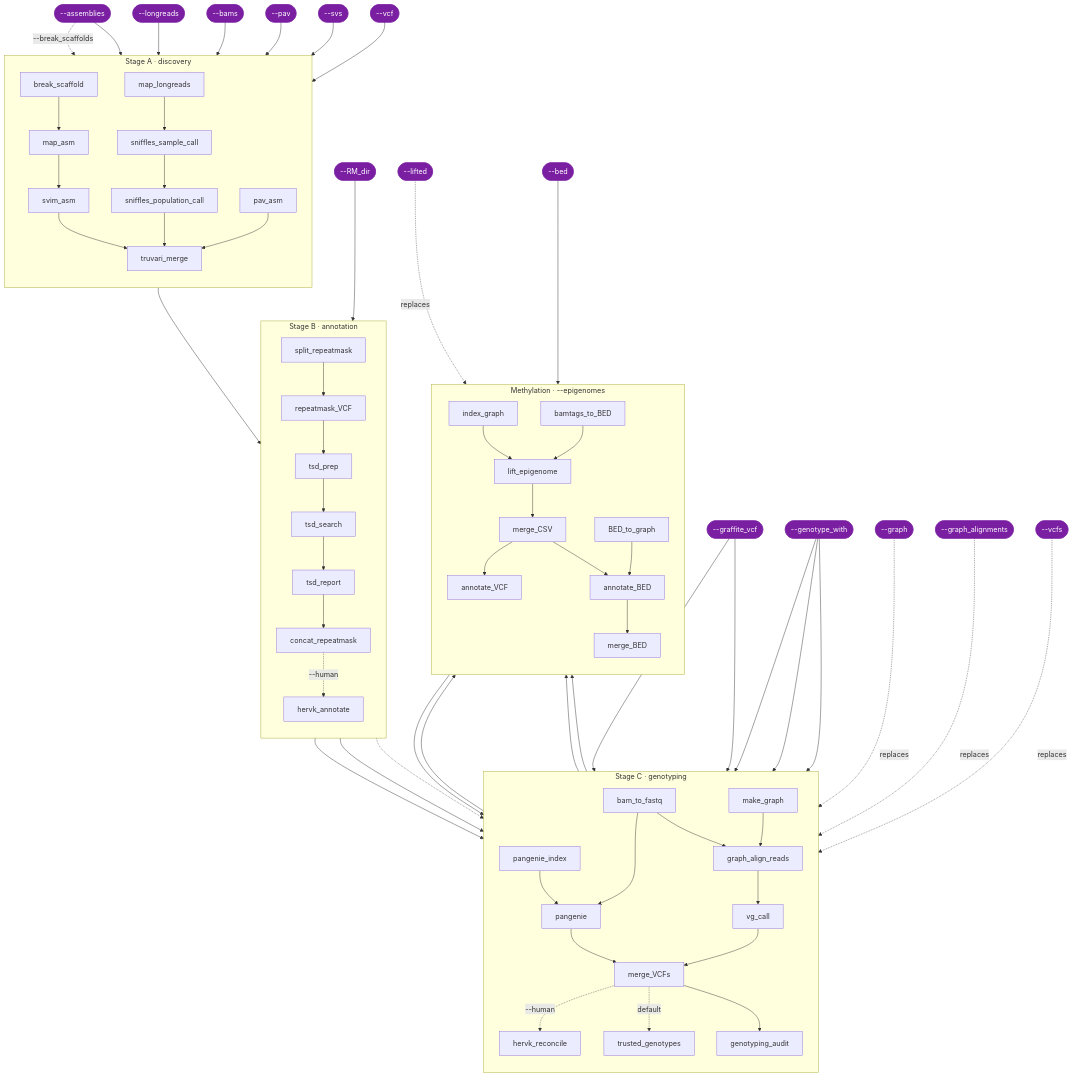
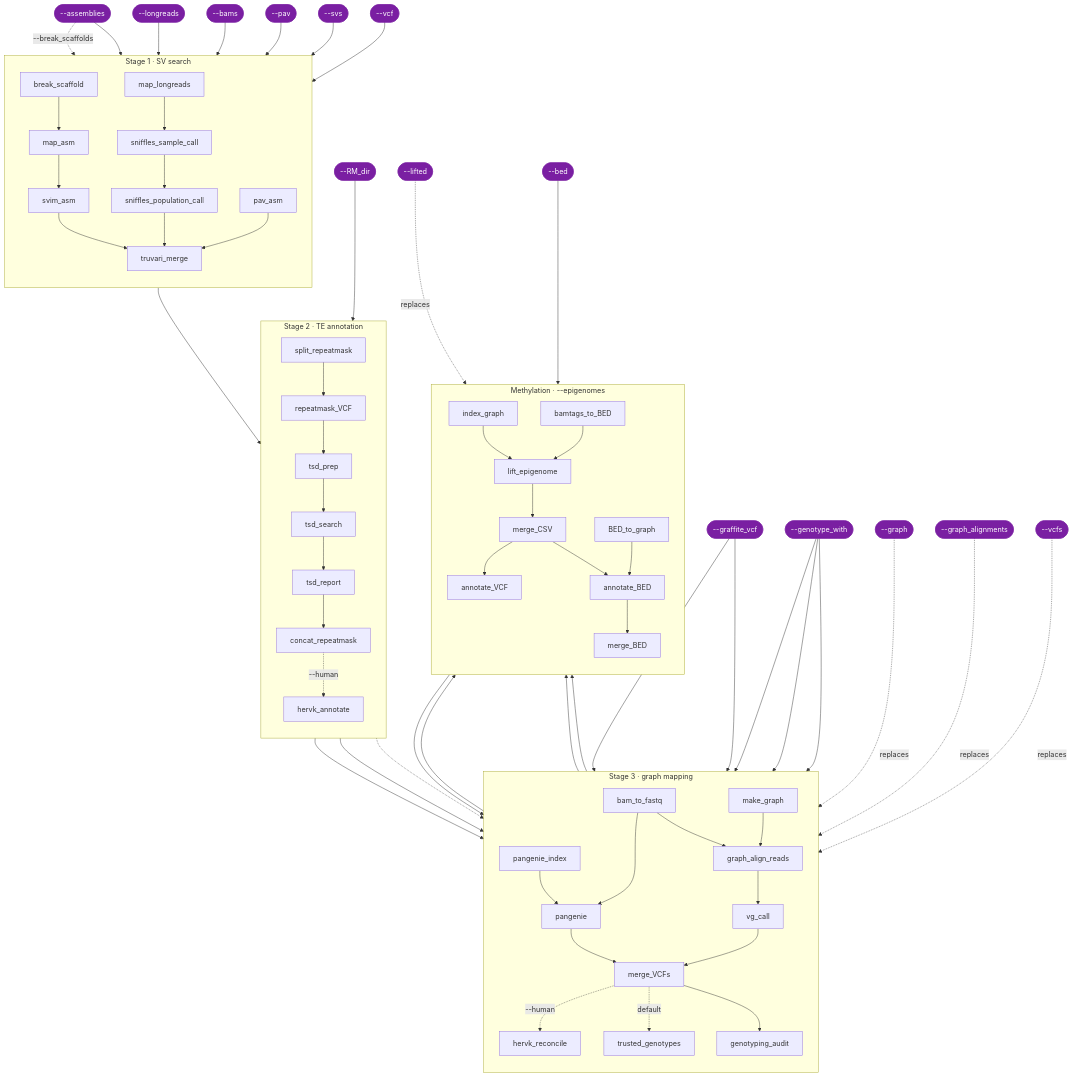
Before and after one commit to cgroza/GraffiTE: the diagram in docs/reference/processes.md, drawn with Mermaid. The commit also changed other lines of this file and 19 other files, not shown here.

````diff
--- a/docs/reference/processes.md
+++ b/docs/reference/processes.md
@@ -26,76 +26,76 @@
 ```mermaid
 flowchart TD
-    subgraph SA["Stage A · discovery"]
+    subgraph SA["Stage 1 · SV search"]
         direction TB
         bs["break_scaffold"] --> ma["map_asm"] --> sv["svim_asm"]
         ml["map_longreads"] --> ssc["sniffles_sample_call"] --> spc["sniffles_population_call"]
         pav["pav_asm"]
         tm["truvari_merge"]
         sv --> tm
         spc --> tm
         pav --> tm
     end
 
     asmIn(["--assemblies"]) -.->|"--break_scaffolds"| bs
     asmIn --> ma
     lrIn(["--longreads"]) --> ml
     bamIn(["--bams"]) --> ssc
     pavIn(["--pav"]) --> pav
     svsIn(["--svs"]) --> tm
     vcfIn(["--vcf"]) --> tm
 
-    subgraph SB["Stage B · annotation"]
+    subgraph SB["Stage 2 · TE annotation"]
         direction TB
         spl["split_repeatmask"] --> rm["repeatmask_VCF"]
         rm --> tp["tsd_prep"] --> ts["tsd_search"] --> tr["tsd_report"] --> cr["concat_repeatmask"]
         cr -.->|"--human"| ha["hervk_annotate"]
     end
 
     tm --> spl
     rmdIn(["--RM_dir"]) --> tp
 
-    subgraph SC["Stage C · genotyping"]
+    subgraph SC["Stage 3 · graph mapping"]
         direction TB
         b2f["bam_to_fastq"]
         pi["pangenie_index"] --> pg["pangenie"]
         mg["make_graph"] --> gar["graph_align_reads"] --> vc["vg_call"]
         pg --> mv["merge_VCFs"]
         vc --> mv
         mv --> ga["genotyping_audit"]
         mv -.->|"default"| tg["trusted_genotypes"]
         mv -.->|"--human"| hr["hervk_reconcile"]
     end
 
     cr --> pi
     cr --> mg
     ha -.-> hr
     gvcfIn(["--graffite_vcf"]) --> pi
     gvcfIn --> mg
     readsIn(["--genotype_with"]) --> b2f
     readsIn --> pg
     readsIn --> gar
     b2f --> gar
     b2f --> pg
     graphIn(["--graph"]) -.->|"replaces"| mg
     galnIn(["--graph_alignments"]) -.->|"replaces"| gar
     vcfsIn(["--vcfs"]) -.->|"replaces"| vc
 
     subgraph SM["Methylation · --epigenomes"]
         direction TB
         ig["index_graph"]
         b2b["bamtags_to_BED"] --> le["lift_epigenome"] --> mc["merge_CSV"] --> av["annotate_VCF"]
         b2g["BED_to_graph"] --> ab["annotate_BED"] --> mb["merge_BED"]
     end
 
     mg --> ig
     ig --> le
     gar --> le
     vc --> av
     av --> mv
     mc --> ab
     liftIn(["--lifted"]) -.->|"replaces"| le
     bedIn(["--bed"]) --> b2g
 
     classDef inp fill:#7a1fa2,stroke:#7a1fa2,color:#fff;
     class asmIn,lrIn,bamIn,pavIn,svsIn,vcfIn,rmdIn,gvcfIn,readsIn,graphIn,galnIn,vcfsIn,liftIn,bedIn inp;
 ```
````
